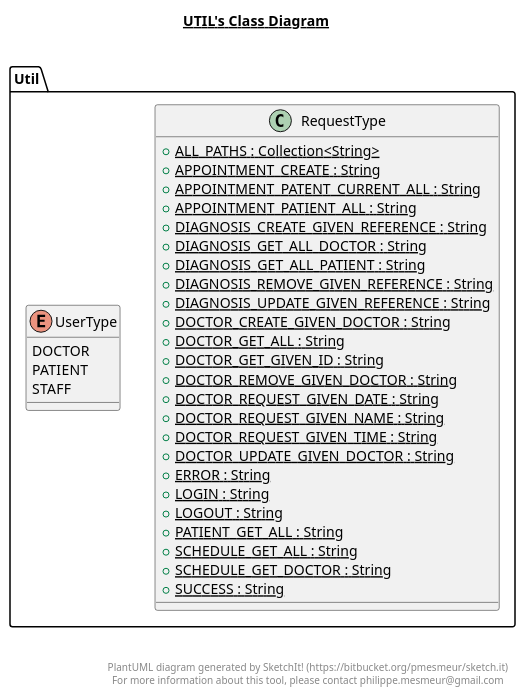
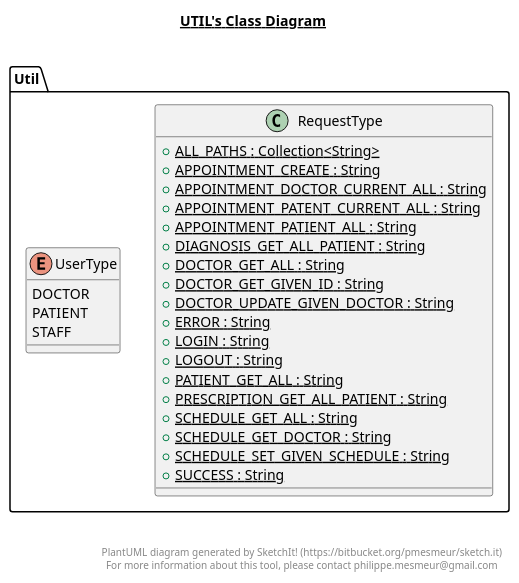
Before and after one commit to AidanJohnston/Omar: the diagram in src/Util/Util.puml, drawn with PlantUML. The commit also changed 5 other files, not shown here.

```diff
--- a/src/Util/Util.puml
+++ b/src/Util/Util.puml
@@ -1,53 +1,47 @@
 @startuml
 
 title __UTIL's Class Diagram__\n
 
   namespace Util {
     class Util.RequestType {
         {static} + ALL_PATHS : Collection<String>
         {static} + APPOINTMENT_CREATE : String
+        {static} + APPOINTMENT_DOCTOR_CURRENT_ALL : String
         {static} + APPOINTMENT_PATENT_CURRENT_ALL : String
         {static} + APPOINTMENT_PATIENT_ALL : String
-        {static} + DIAGNOSIS_CREATE_GIVEN_REFERENCE : String
-        {static} + DIAGNOSIS_GET_ALL_DOCTOR : String
         {static} + DIAGNOSIS_GET_ALL_PATIENT : String
-        {static} + DIAGNOSIS_REMOVE_GIVEN_REFERENCE : String
-        {static} + DIAGNOSIS_UPDATE_GIVEN_REFERENCE : String
-        {static} + DOCTOR_CREATE_GIVEN_DOCTOR : String
         {static} + DOCTOR_GET_ALL : String
         {static} + DOCTOR_GET_GIVEN_ID : String
-        {static} + DOCTOR_REMOVE_GIVEN_DOCTOR : String
-        {static} + DOCTOR_REQUEST_GIVEN_DATE : String
-        {static} + DOCTOR_REQUEST_GIVEN_NAME : String
-        {static} + DOCTOR_REQUEST_GIVEN_TIME : String
         {static} + DOCTOR_UPDATE_GIVEN_DOCTOR : String
         {static} + ERROR : String
         {static} + LOGIN : String
         {static} + LOGOUT : String
         {static} + PATIENT_GET_ALL : String
+        {static} + PRESCRIPTION_GET_ALL_PATIENT : String
         {static} + SCHEDULE_GET_ALL : String
         {static} + SCHEDULE_GET_DOCTOR : String
+        {static} + SCHEDULE_SET_GIVEN_SCHEDULE : String
         {static} + SUCCESS : String
     }
   }
   
 
   namespace Util {
     enum UserType {
       DOCTOR
       PATIENT
       STAFF
     }
   }
   
 
 
 
 right footer
 
 
 PlantUML diagram generated by SketchIt! (https://bitbucket.org/pmesmeur/sketch.it)
 For more information about this tool, please contact philippe.mesmeur@gmail.com
 endfooter
 
 @enduml
```
